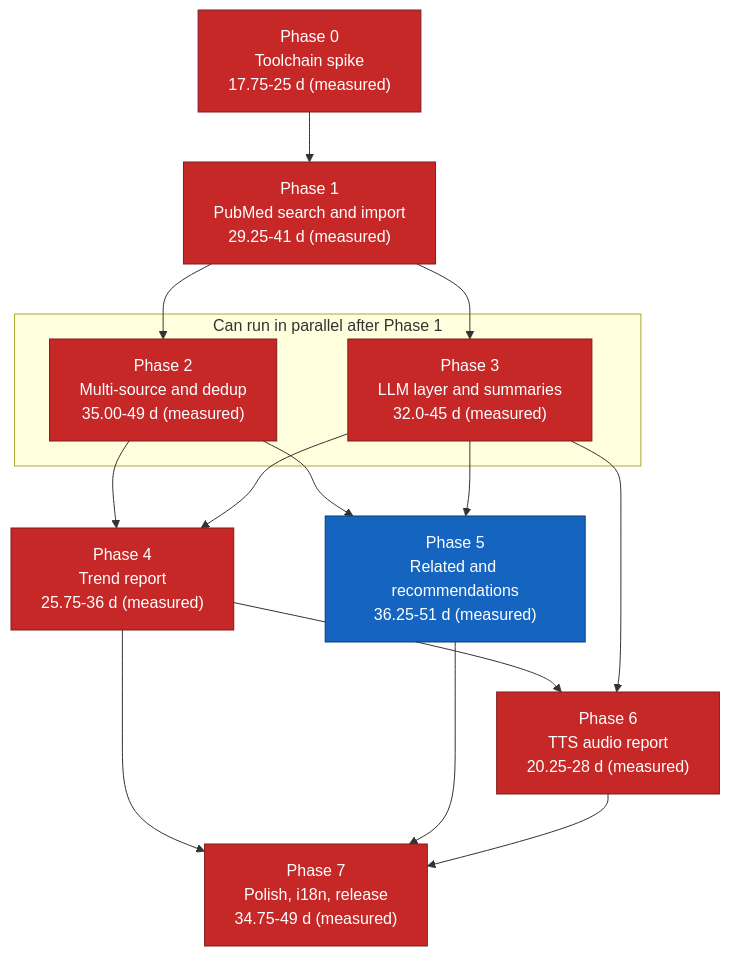
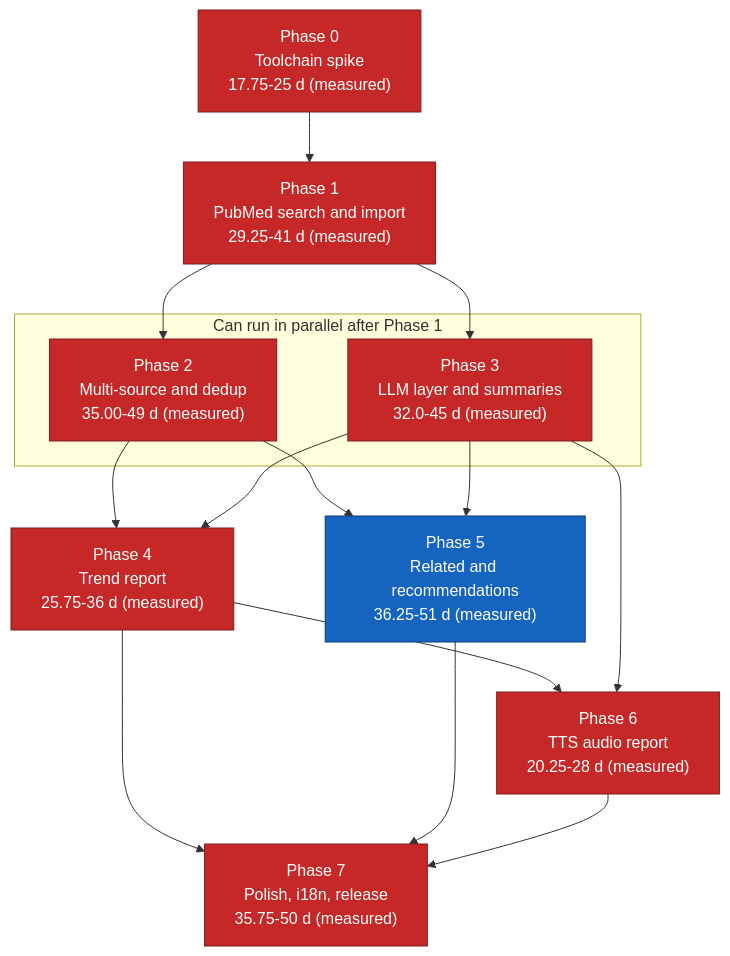
The diagram in docs/11-implementation-roadmap.md (suppakoko/research_helper), drawn with Mermaid before and after one commit. The commit also changed other lines of this file and 22 other files, not shown here.

````diff
--- a/docs/11-implementation-roadmap.md
+++ b/docs/11-implementation-roadmap.md
@@ -327,34 +327,34 @@
 ```mermaid
 graph TD
     P0["Phase 0<br/>Toolchain spike<br/>17.75-25 d (measured)"]
     P1["Phase 1<br/>PubMed search and import<br/>29.25-41 d (measured)"]
     P2["Phase 2<br/>Multi-source and dedup<br/>35.00-49 d (measured)"]
     P3["Phase 3<br/>LLM layer and summaries<br/>32.0-45 d (measured)"]
     P4["Phase 4<br/>Trend report<br/>25.75-36 d (measured)"]
     P5["Phase 5<br/>Related and recommendations<br/>36.25-51 d (measured)"]
     P6["Phase 6<br/>TTS audio report<br/>20.25-28 d (measured)"]
-    P7["Phase 7<br/>Polish, i18n, release<br/>34.75-49 d (measured)"]
+    P7["Phase 7<br/>Polish, i18n, release<br/>35.75-50 d (measured)"]
 
     P0 --> P1
     P1 --> P2
     P1 --> P3
     P2 --> P4
     P3 --> P4
     P2 --> P5
     P3 --> P5
     P4 --> P6
     P3 --> P6
     P4 --> P7
     P5 --> P7
     P6 --> P7
 
     subgraph parallel["Can run in parallel after Phase 1"]
         P2
         P3
     end
 
     classDef critical fill:#c62828,stroke:#7f1d1d,color:#ffffff
     classDef normal fill:#1565c0,stroke:#0d3c73,color:#ffffff
     class P0,P1,P2,P3,P4,P6,P7 critical
     class P5 normal
 ```
````
